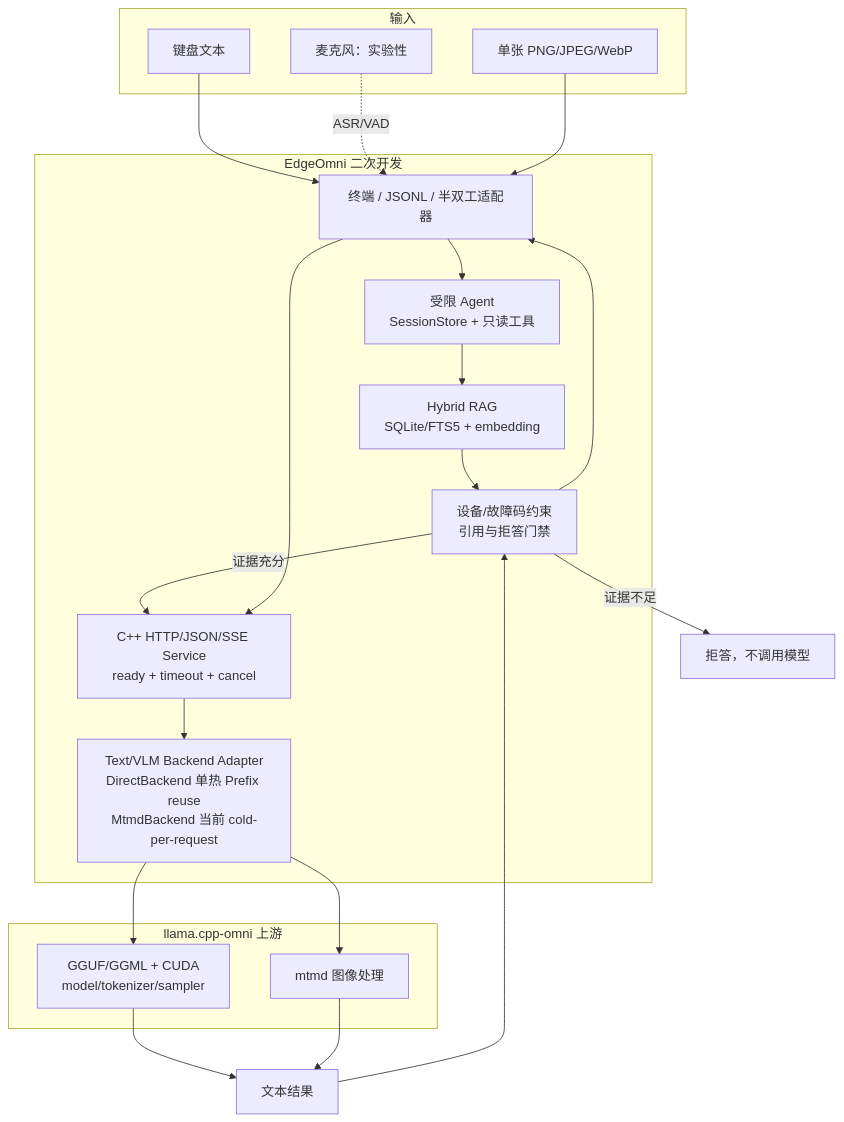
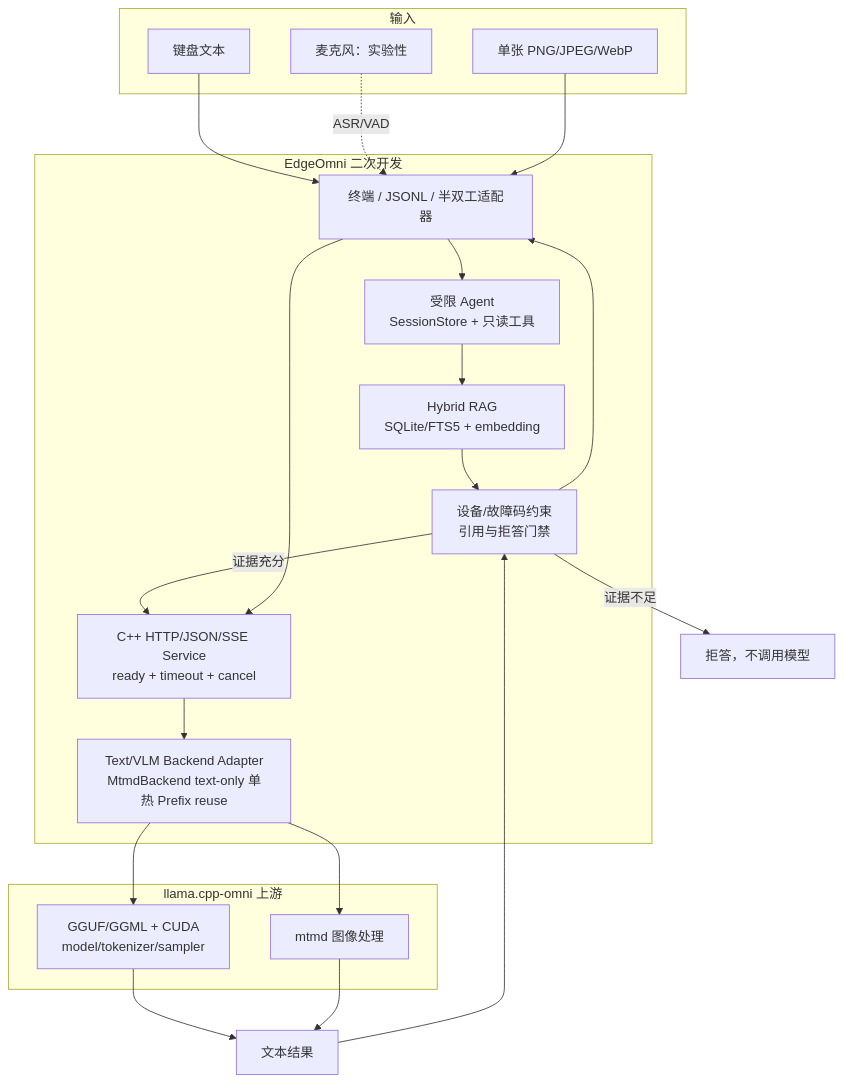
The first of 3 diagrams in docs/architecture.md (qingjiao-rousi/jetson-edge-assistant), drawn with Mermaid before and after one commit. The commit also changed other lines of this file and 7 other files, not shown here.

Commit message:
docs: synchronize prefix reuse status and runtime API contract

````diff
--- a/docs/architecture.md
+++ b/docs/architecture.md
@@ -7,35 +7,35 @@
 ```mermaid
 flowchart TB
     subgraph Inputs[输入]
         TXT[键盘文本]
         IMG[单张 PNG/JPEG/WebP]
         MIC[麦克风：实验性]
     end
 
     subgraph EdgeOmni[EdgeOmni 二次开发]
         UI[终端 / JSONL / 半双工适配器]
         AG[受限 Agent\nSessionStore + 只读工具]
         RAG[Hybrid RAG\nSQLite/FTS5 + embedding]
         GATE[设备/故障码约束\n引用与拒答门禁]
         HTTP[C++ HTTP/JSON/SSE Service\nready + timeout + cancel]
-        ADAPTER[Text/VLM Backend Adapter\nDirectBackend 单热 Prefix reuse\nMtmdBackend 当前 cold-per-request]
+        ADAPTER[Text/VLM Backend Adapter\nMtmdBackend text-only 单热 Prefix reuse]
     end
 
     subgraph Upstream[llama.cpp-omni 上游]
         LLAMA[GGUF/GGML + CUDA\nmodel/tokenizer/sampler]
         MTMD[mtmd 图像处理]
     end
 
     TXT --> UI --> AG
     MIC -. ASR/VAD .-> UI
     AG --> RAG --> GATE
     GATE -->|证据充分| HTTP
     GATE -->|证据不足| REFUSE[拒答，不调用模型]
     IMG --> UI --> HTTP
     HTTP --> ADAPTER
     ADAPTER --> LLAMA
     ADAPTER --> MTMD
     LLAMA --> ANSWER[文本结果]
     MTMD --> ANSWER
     ANSWER --> GATE --> UI
 ```
````
